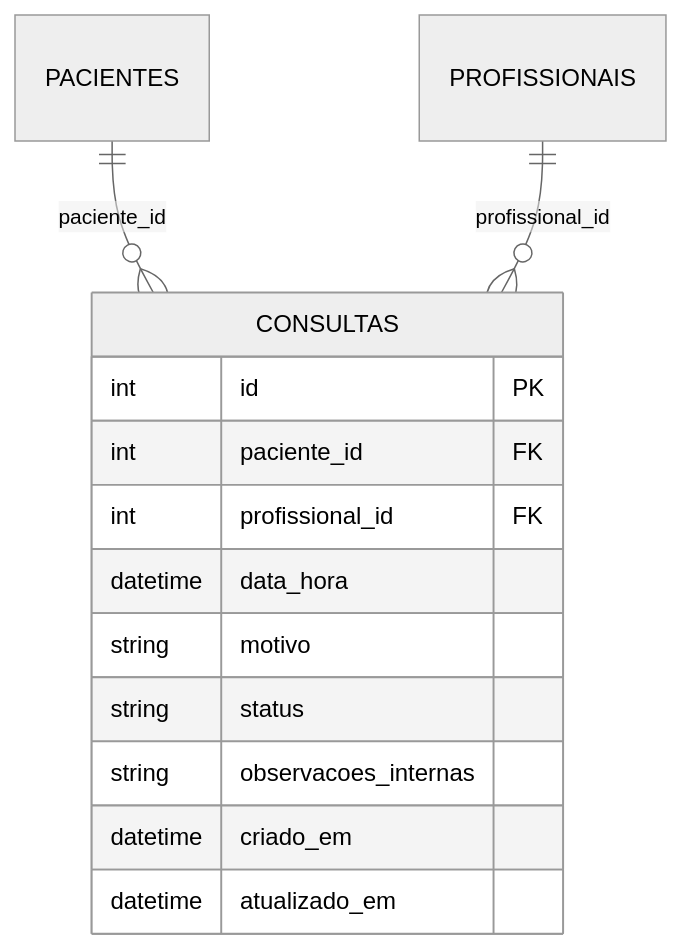
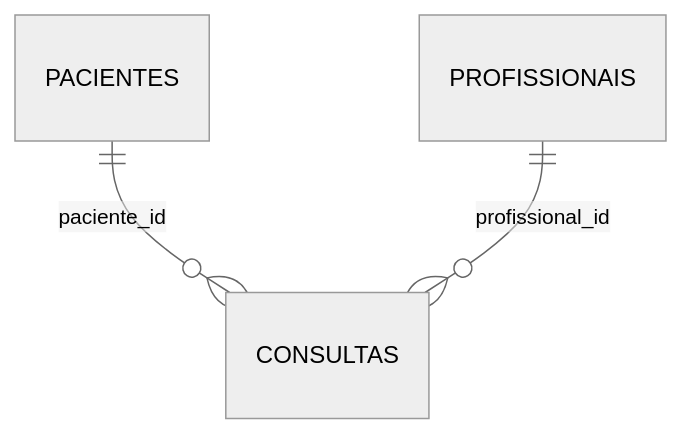
Before and after one commit to leandro-infnet/medical-appointment-api: the diagram in docs/persistencia.md, drawn with Mermaid (neutral theme). The commit also changed other lines of this file and 30 other files, not shown here.

````diff
--- a/docs/persistencia.md
+++ b/docs/persistencia.md
@@ -23,16 +19,5 @@
 ```mermaid
 erDiagram
     PACIENTES ||--o{ CONSULTAS : paciente_id
     PROFISSIONAIS ||--o{ CONSULTAS : profissional_id
-    CONSULTAS {
-        int id PK
-        int paciente_id FK
-        int profissional_id FK
-        datetime data_hora
-        string motivo
-        string status
-        string observacoes_internas
-        datetime criado_em
-        datetime atualizado_em
-    }
 ```
````
